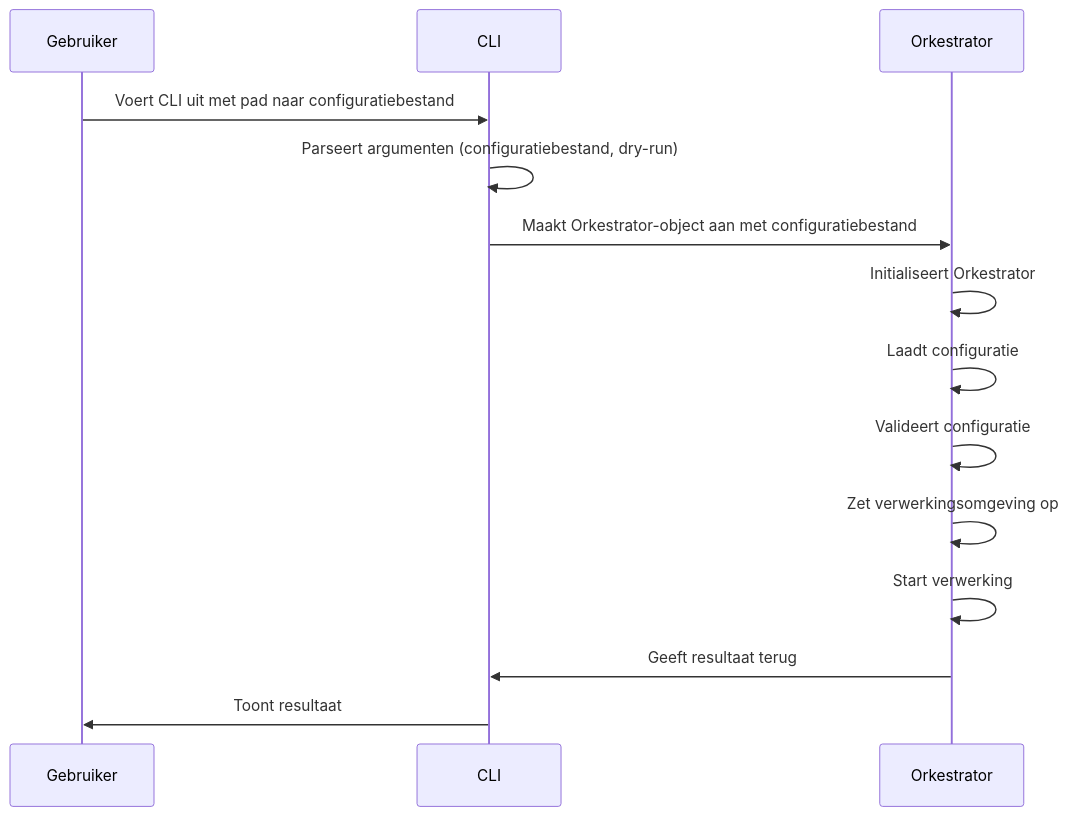
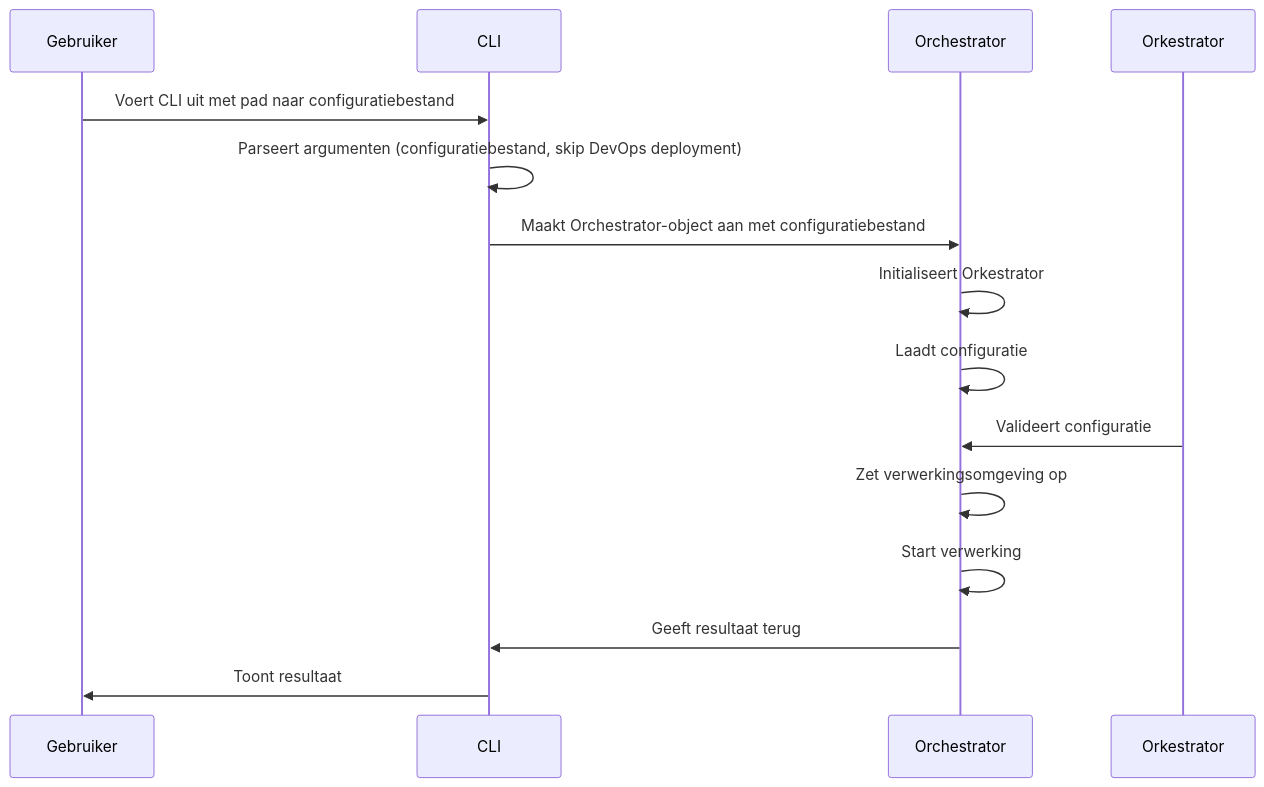
One commit to mark-me/mapping-dependencies changed the first of 4 diagrams in genesis/README.md. Above: the diagram before and after it, drawn with Mermaid.

````diff
--- a/genesis/README.md
+++ b/genesis/README.md
@@ -17,17 +17,17 @@
 ```mermaid
 sequenceDiagram
     participant Gebruiker
     participant CLI
-    participant Orkestrator
+    participant Orchestrator
 
     Gebruiker->>CLI: Voert CLI uit met pad naar configuratiebestand
-    CLI->>CLI: Parseert argumenten (configuratiebestand, dry-run)
-    CLI->>Orkestrator: Maakt Orkestrator-object aan met configuratiebestand
-    Orkestrator->>Orkestrator: Initialiseert Orkestrator
-    Orkestrator->>Orkestrator: Laadt configuratie
-    Orkestrator->>Orkestrator: Valideert configuratie
-    Orkestrator->>Orkestrator: Zet verwerkingsomgeving op
-    Orkestrator->>Orkestrator: Start verwerking
-    Orkestrator->>CLI: Geeft resultaat terug
+    CLI->>CLI: Parseert argumenten (configuratiebestand, skip DevOps deployment)
+    CLI->>Orchestrator: Maakt Orchestrator-object aan met configuratiebestand
+    Orchestrator->>Orchestrator: Initialiseert Orkestrator
+    Orchestrator->>Orchestrator: Laadt configuratie
+    Orkestrator->>Orchestrator: Valideert configuratie
+    Orchestrator->>Orchestrator: Zet verwerkingsomgeving op
+    Orchestrator->>Orchestrator: Start verwerking
+    Orchestrator->>CLI: Geeft resultaat terug
     CLI->>Gebruiker: Toont resultaat
 ```
````
